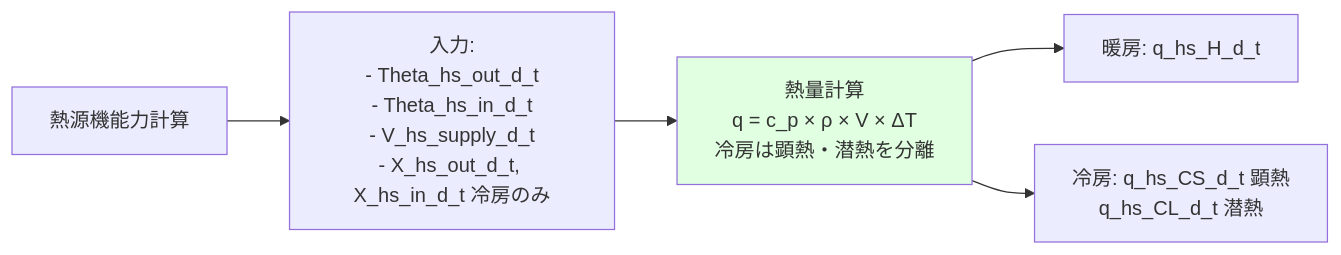
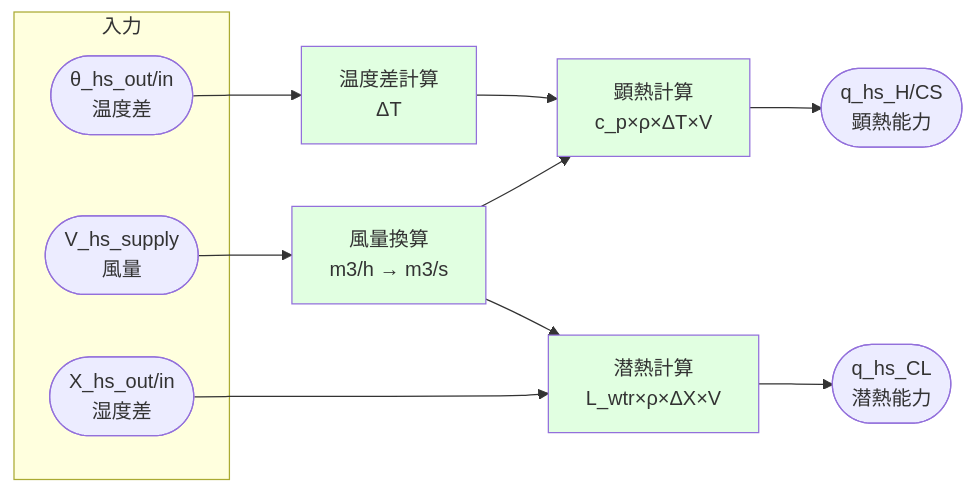
The fourth of 6 diagrams in src/docs/プロセスモデル_消費電力計算_標準.md (izumi-system-development/pyhees-jjj), drawn with Mermaid before and after one commit. The commit also changed other lines of this file, not shown here.

````diff
--- a/src/docs/プロセスモデル_消費電力計算_標準.md
+++ b/src/docs/プロセスモデル_消費電力計算_標準.md
@@ -242,11 +281,26 @@
 ```mermaid
 flowchart LR
-    Start[熱源機能力計算] --> Input[入力:<br/>- Theta_hs_out_d_t<br/>- Theta_hs_in_d_t<br/>- V_hs_supply_d_t<br/>- X_hs_out_d_t, X_hs_in_d_t 冷房のみ]
-    
-    Input --> Calc[熱量計算<br/>q = c_p × ρ × V × ΔT<br/>冷房は顕熱・潜熱を分離]
-    
-    Calc --> ResultH[暖房: q_hs_H_d_t]
-    Calc --> ResultC[冷房: q_hs_CS_d_t 顕熱<br/>q_hs_CL_d_t 潜熱]
-    
-    style Calc fill:#e1ffe1
+
+subgraph 入力
+    Theta([θ_hs_out/in<br/>温度差])
+    V([V_hs_supply<br/>風量])
+    X([X_hs_out/in<br/>湿度差])
+end
+
+Theta --> DeltaT[温度差計算<br/>ΔT]
+V --> Flow[風量換算<br/>m3/h → m3/s]
+
+DeltaT --> SensH[顕熱計算<br/>c_p×ρ×ΔT×V]
+Flow --> SensH
+
+X --> LatH[潜熱計算<br/>L_wtr×ρ×ΔX×V]
+Flow --> LatH
+
+SensH --> Result([q_hs_H/CS<br/>顕熱能力])
+LatH --> Result2([q_hs_CL<br/>潜熱能力])
+
+style DeltaT fill:#e1ffe1
+style Flow fill:#e1ffe1
+style SensH fill:#e1ffe1
+style LatH fill:#e1ffe1
 ```
````
